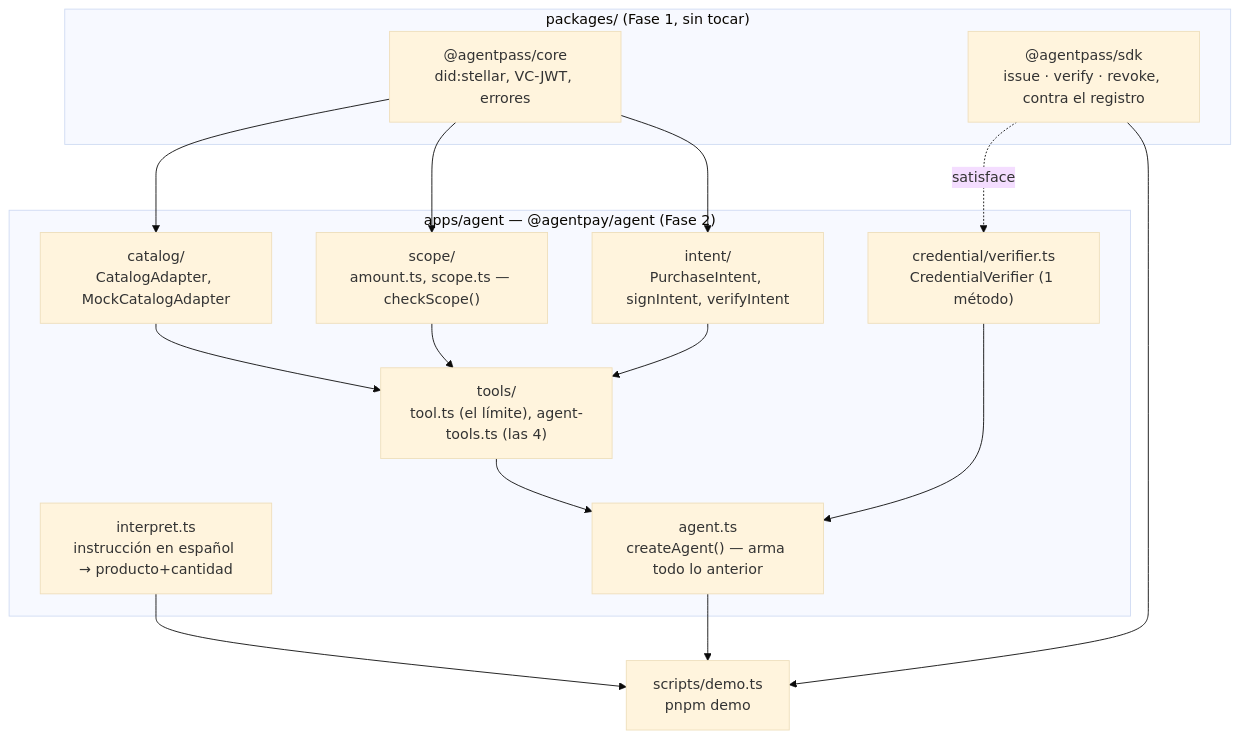
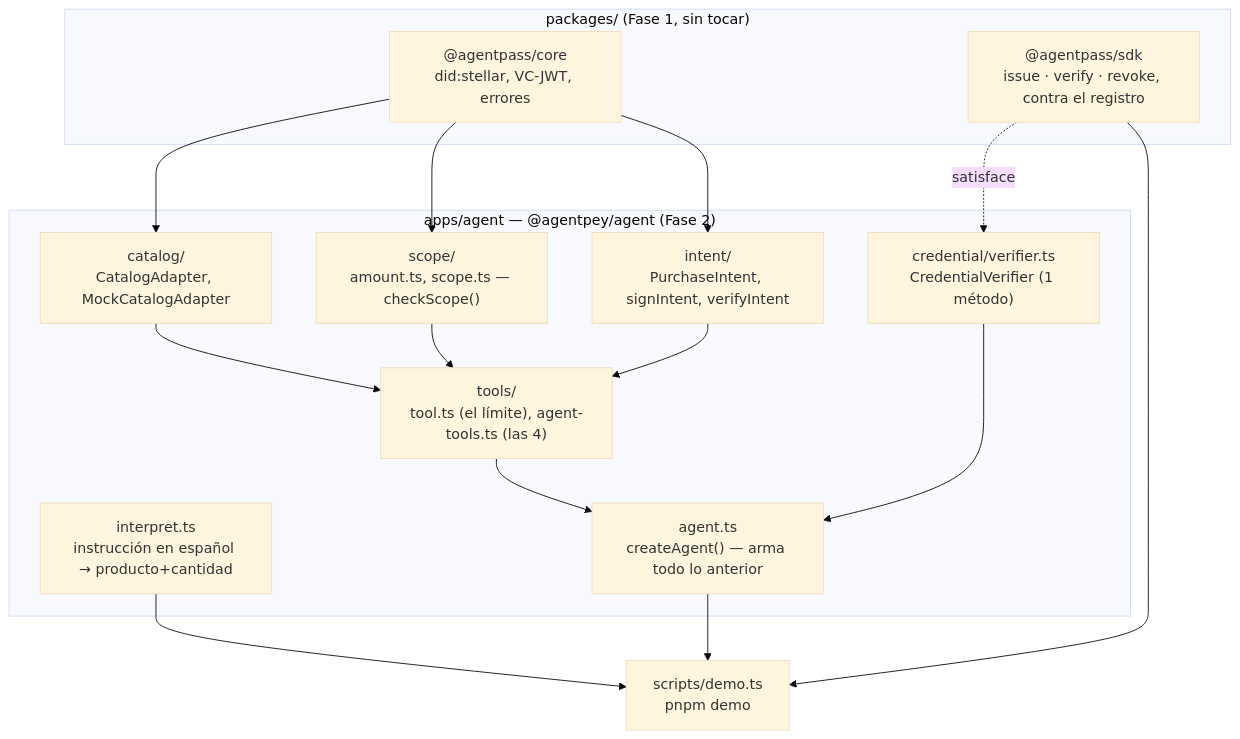
Before and after one commit to vicentewolde/AgentPay: the diagram in docs/fase-2-agente-compra/ARQUITECTURA.md, drawn with Mermaid (base theme). The commit also changed other lines of this file and 118 other files, not shown here.

````diff
--- a/docs/fase-2-agente-compra/ARQUITECTURA.md
+++ b/docs/fase-2-agente-compra/ARQUITECTURA.md
@@ -20,30 +20,30 @@
 ```mermaid
 flowchart TB
     subgraph "packages/ (Fase 1, sin tocar)"
         core["@agentpass/core<br/>did:stellar, VC-JWT, errores"]
         sdk["@agentpass/sdk<br/>issue · verify · revoke, contra el registro"]
     end
-    subgraph "apps/agent — @agentpay/agent (Fase 2)"
+    subgraph "apps/agent — @agentpey/agent (Fase 2)"
         catalog["catalog/<br/>CatalogAdapter, MockCatalogAdapter"]
         credverify["credential/verifier.ts<br/>CredentialVerifier (1 método)"]
         scope["scope/<br/>amount.ts, scope.ts — checkScope()"]
         intent["intent/<br/>PurchaseIntent, signIntent, verifyIntent"]
         interpret["interpret.ts<br/>instrucción en español → producto+cantidad"]
         tools["tools/<br/>tool.ts (el límite), agent-tools.ts (las 4)"]
         agent_ts["agent.ts<br/>createAgent() — arma todo lo anterior"]
     end
     demo["scripts/demo.ts<br/>pnpm demo"]
 
     core --> catalog
     core --> scope
     core --> intent
     sdk -.satisface.-> credverify
     catalog --> tools
     credverify --> agent_ts
     scope --> tools
     intent --> tools
     tools --> agent_ts
     interpret --> demo
     agent_ts --> demo
     sdk --> demo
 ```
````
